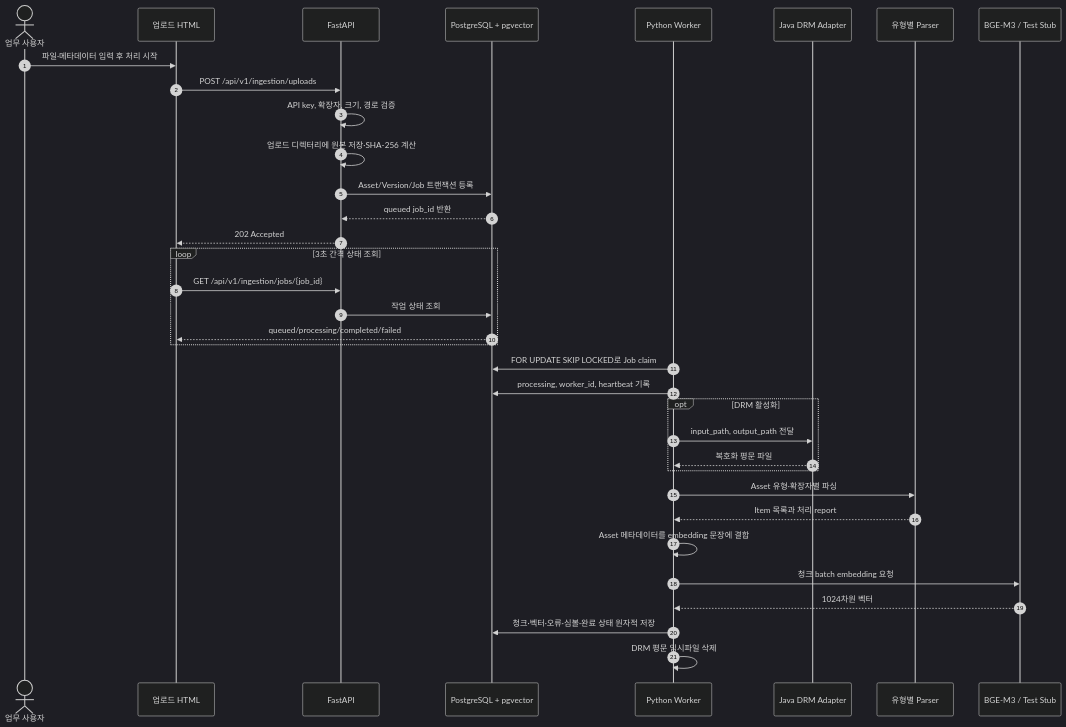
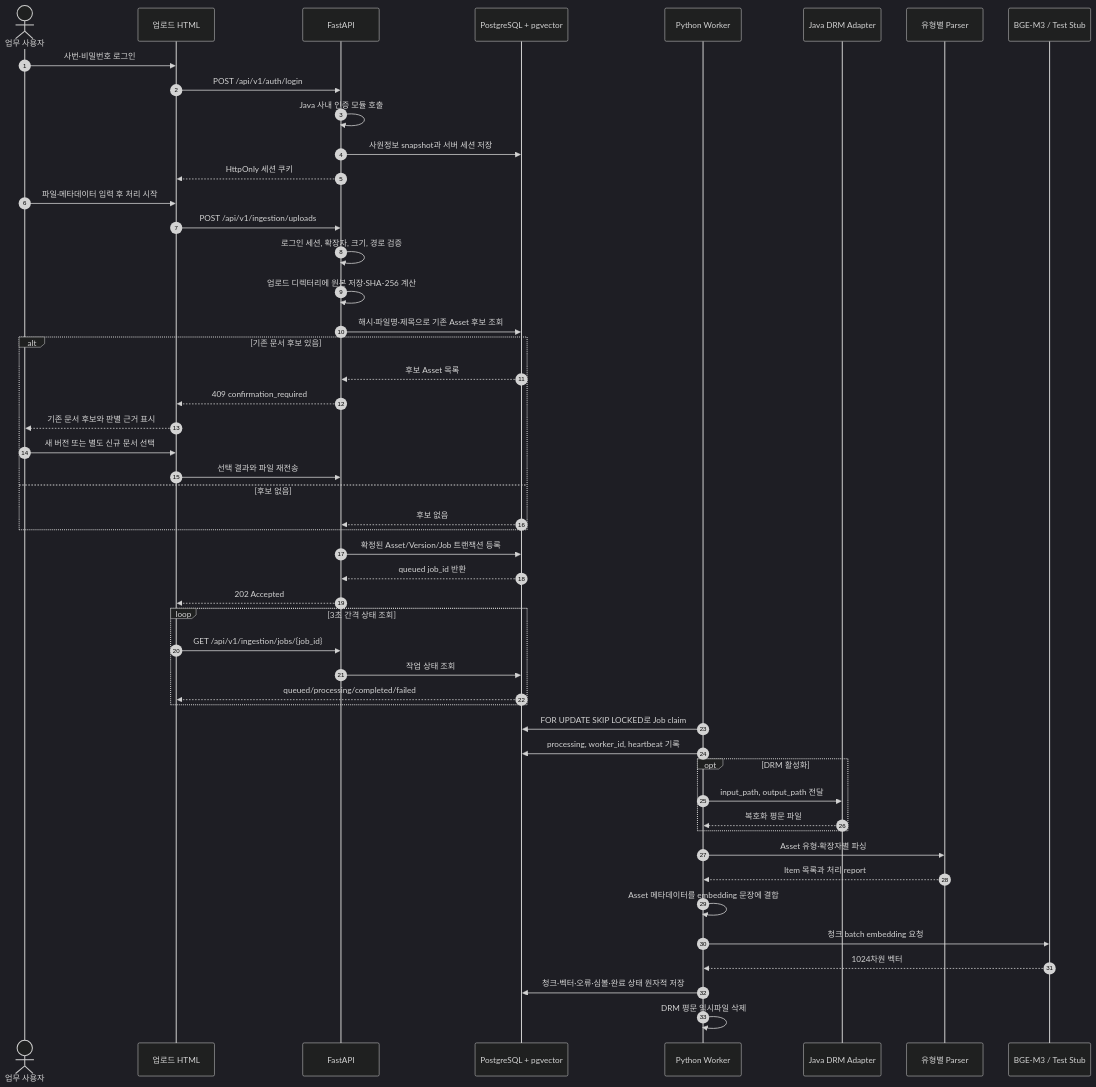
Before and after one commit to sngjng/ecm-rag: the first of 3 diagrams in SCREEN_API_WORKFLOW.md, drawn with Mermaid (dark theme). The commit also changed other lines of this file and 35 other files, not shown here.

````diff
--- a/SCREEN_API_WORKFLOW.md
+++ b/SCREEN_API_WORKFLOW.md
@@ -25,40 +25,55 @@
 ```mermaid
 sequenceDiagram
     autonumber
     actor User as 업무 사용자
     participant UI as 업로드 HTML
     participant API as FastAPI
     participant DB as PostgreSQL + pgvector
     participant Worker as Python Worker
     participant DRM as Java DRM Adapter
     participant Parser as 유형별 Parser
     participant Embed as BGE-M3 / Test Stub
 
+    User->>UI: 사번·비밀번호 로그인
+    UI->>API: POST /api/v1/auth/login
+    API->>API: Java 사내 인증 모듈 호출
+    API->>DB: 사원정보 snapshot과 서버 세션 저장
+    API-->>UI: HttpOnly 세션 쿠키
     User->>UI: 파일·메타데이터 입력 후 처리 시작
     UI->>API: POST /api/v1/ingestion/uploads
-    API->>API: API key, 확장자, 크기, 경로 검증
+    API->>API: 로그인 세션, 확장자, 크기, 경로 검증
     API->>API: 업로드 디렉터리에 원본 저장·SHA-256 계산
-    API->>DB: Asset/Version/Job 트랜잭션 등록
+    API->>DB: 해시·파일명·제목으로 기존 Asset 후보 조회
+    alt 기존 문서 후보 있음
+        DB-->>API: 후보 Asset 목록
+        API-->>UI: 409 confirmation_required
+        UI-->>User: 기존 문서 후보와 판별 근거 표시
+        User->>UI: 새 버전 또는 별도 신규 문서 선택
+        UI->>API: 선택 결과와 파일 재전송
+    else 후보 없음
+        DB-->>API: 후보 없음
+    end
+    API->>DB: 확정된 Asset/Version/Job 트랜잭션 등록
     DB-->>API: queued job_id 반환
     API-->>UI: 202 Accepted
 
     loop 3초 간격 상태 조회
         UI->>API: GET /api/v1/ingestion/jobs/{job_id}
         API->>DB: 작업 상태 조회
         DB-->>UI: queued/processing/completed/failed
     end
 
     Worker->>DB: FOR UPDATE SKIP LOCKED로 Job claim
     Worker->>DB: processing, worker_id, heartbeat 기록
     opt DRM 활성화
         Worker->>DRM: input_path, output_path 전달
         DRM-->>Worker: 복호화 평문 파일
     end
     Worker->>Parser: Asset 유형·확장자별 파싱
     Parser-->>Worker: Item 목록과 처리 report
     Worker->>Worker: Asset 메타데이터를 embedding 문장에 결합
     Worker->>Embed: 청크 batch embedding 요청
     Embed-->>Worker: 1024차원 벡터
     Worker->>DB: 청크·벡터·오류·심볼·완료 상태 원자적 저장
     Worker->>Worker: DRM 평문 임시파일 삭제
 ```
````
